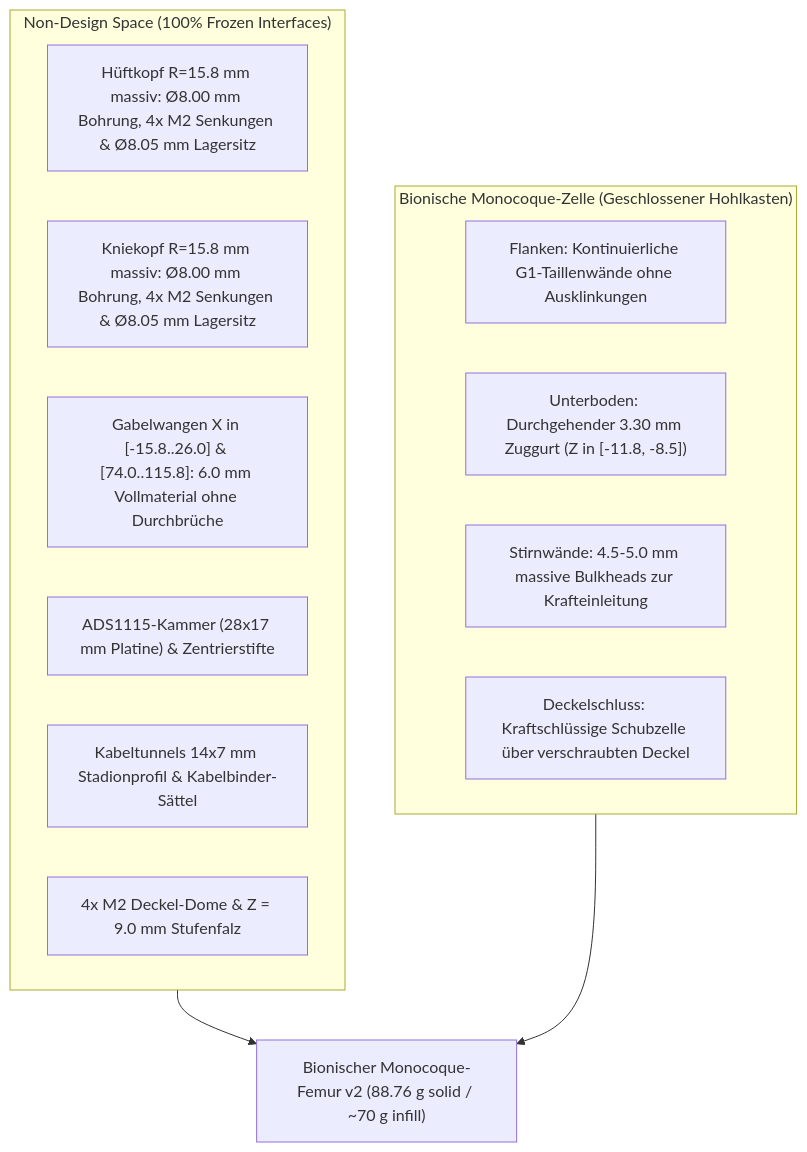
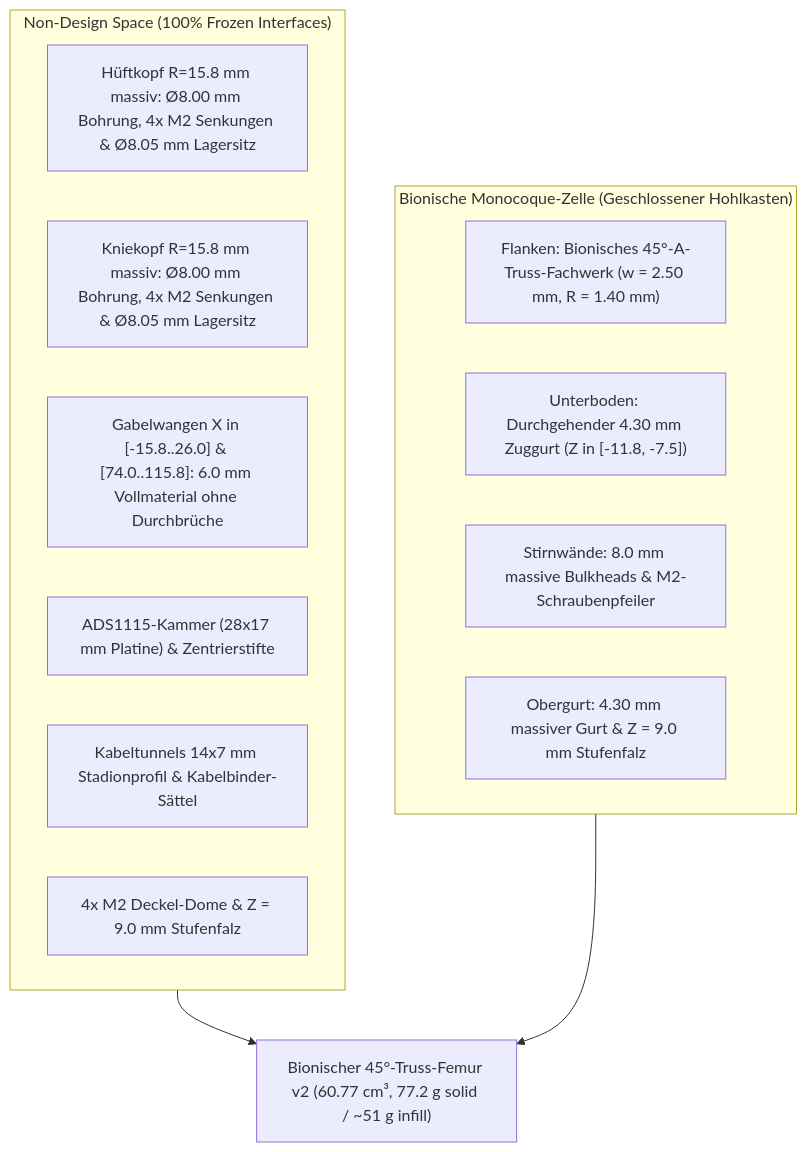
Before and after one commit to vern-da-coda/lasius: the third of 3 diagrams in docs/hardware/femur_topology_optimization_report.md, drawn with Mermaid. The commit also changed other lines of this file and 7 other files, not shown here.

First line of the commit message:
feat(mechanics): integrate bionic 45-degree a-truss windows into femur waist

````diff
--- a/docs/hardware/femur_topology_optimization_report.md
+++ b/docs/hardware/femur_topology_optimization_report.md
@@ -88,21 +88,21 @@
 ```mermaid
 flowchart TD
     subgraph NonDesign["Non-Design Space (100% Frozen Interfaces)"]
         H["Hüftkopf R=15.8 mm massiv: Ø8.00 mm Bohrung, 4x M2 Senkungen & Ø8.05 mm Lagersitz"]
         K["Kniekopf R=15.8 mm massiv: Ø8.00 mm Bohrung, 4x M2 Senkungen & Ø8.05 mm Lagersitz"]
         CH["Gabelwangen X in [-15.8..26.0] & [74.0..115.8]: 6.0 mm Vollmaterial ohne Durchbrüche"]
         ADC["ADS1115-Kammer (28x17 mm Platine) & Zentrierstifte"]
         CAB["Kabeltunnels 14x7 mm Stadionprofil & Kabelbinder-Sättel"]
         COV["4x M2 Deckel-Dome & Z = 9.0 mm Stufenfalz"]
     end
 
     subgraph Monocoque["Bionische Monocoque-Zelle (Geschlossener Hohlkasten)"]
-        FL["Flanken: Kontinuierliche G1-Taillenwände ohne Ausklinkungen"]
-        BOT["Unterboden: Durchgehender 3.30 mm Zuggurt (Z in [-11.8, -8.5])"]
-        BH["Stirnwände: 4.5-5.0 mm massive Bulkheads zur Krafteinleitung"]
-        ROOF["Deckelschluss: Kraftschlüssige Schubzelle über verschraubten Deckel"]
+        FL["Flanken: Bionisches 45°-A-Truss-Fachwerk (w = 2.50 mm, R = 1.40 mm)"]
+        BOT["Unterboden: Durchgehender 4.30 mm Zuggurt (Z in [-11.8, -7.5])"]
+        BH["Stirnwände: 8.0 mm massive Bulkheads & M2-Schraubenpfeiler"]
+        ROOF["Obergurt: 4.30 mm massiver Gurt & Z = 9.0 mm Stufenfalz"]
     end
 
-    NonDesign --> Result["Bionischer Monocoque-Femur v2 (88.76 g solid / ~70 g infill)"]
+    NonDesign --> Result["Bionischer 45°-Truss-Femur v2 (60.77 cm³, 77.2 g solid / ~51 g infill)"]
     Monocoque --> Result
 ```
````
